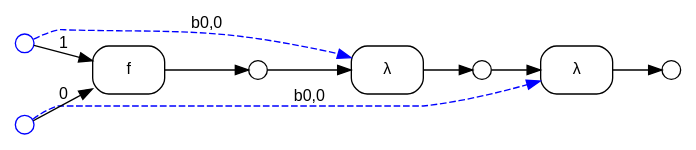
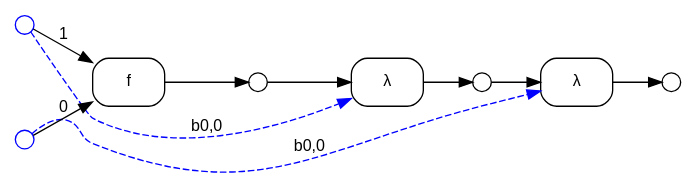
Before and after one commit to ammatsui/bhypvis: the diagram in example_curried.dot, drawn with Graphviz. The commit also changed other lines of this file and 475 other files, not shown here.

```diff
--- a/example_curried.dot
+++ b/example_curried.dot
@@ -1,32 +1,32 @@
 digraph G {
   fontname="Helvetica"
   fontsize=12
   rankdir=LR;
   node [fontname="Helvetica", fontsize=12];
   edge [fontname="Helvetica", fontsize=12];
 
   // Nodes
   n1 [label="", shape=circle, style=filled, fillcolor=white, color="blue", width=0.2, height=0.2, fixedsize=true];
+  n3 [label="", shape=circle, style=filled, fillcolor=white, color="black", width=0.2, height=0.2, fixedsize=true];
+  n0 [label="", shape=circle, style=filled, fillcolor=white, color="blue", width=0.2, height=0.2, fixedsize=true];
   n2 [label="", shape=circle, style=filled, fillcolor=white, color="black", width=0.2, height=0.2, fixedsize=true];
-  n0 [label="", shape=circle, style=filled, fillcolor=white, color="blue", width=0.2, height=0.2, fixedsize=true];
-  n3 [label="", shape=circle, style=filled, fillcolor=white, color="black", width=0.2, height=0.2, fixedsize=true];
   n4 [label="", shape=circle, style=filled, fillcolor=white, color="black", width=0.2, height=0.2, fixedsize=true];
 
   // Hyperedges
   e2 [label="λ", shape=box, style=rounded, color="black"];
+  e0 [label="f", shape=box, style=rounded, color="black"];
   e1 [label="λ", shape=box, style=rounded, color="black"];
-  e0 [label="f", shape=box, style=rounded, color="black"];
 
   // Source connections
   n3 -> e2 [label=""];
   n0 -> e2 [style=dashed, color="blue", constraint=false, label="b0,0"];
+  n0 -> e0 [label="0"];
+  n1 -> e0 [label="1"];
   n2 -> e1 [label=""];
   n1 -> e1 [style=dashed, color="blue", constraint=false, label="b0,0"];
-  n0 -> e0 [label="0"];
-  n1 -> e0 [label="1"];
 
   // Target connections
   e2 -> n4 [label=""];
+  e0 -> n2 [label=""];
   e1 -> n3 [label=""];
-  e0 -> n2 [label=""];
 }
```
